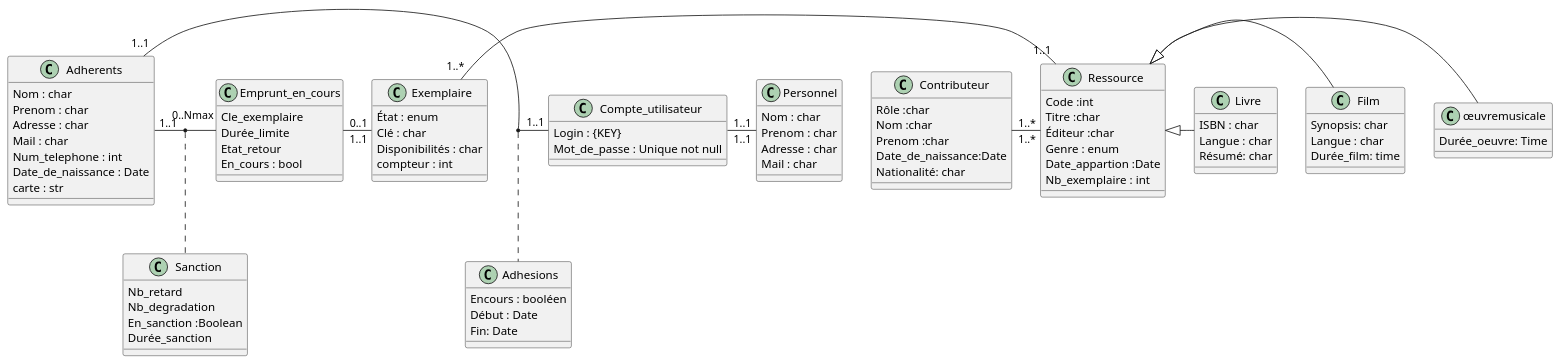
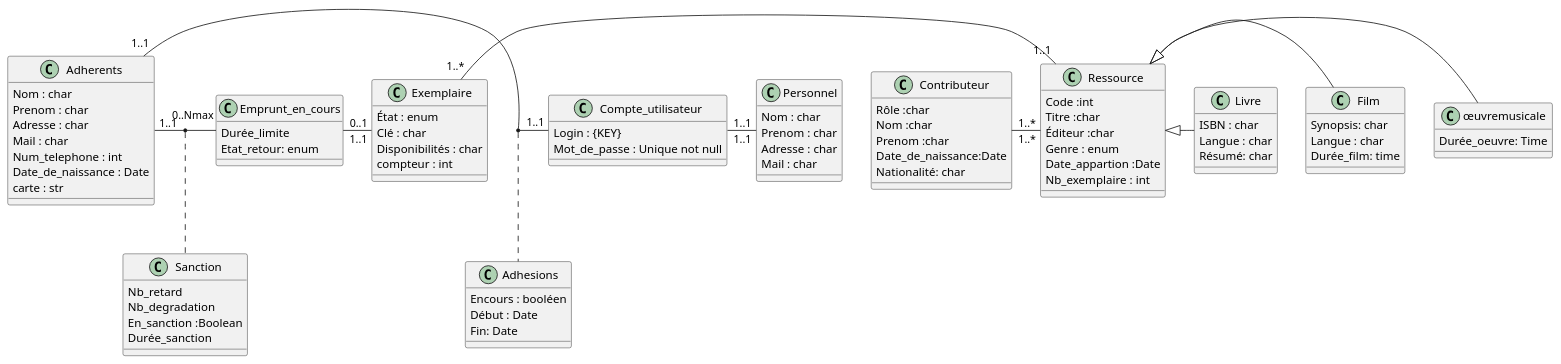
One commit to opoussin/ProjetBDD_Gestion_Bibliotheque changed the diagram in Rendu1/UML.plantuml. Above: the diagram before and after it, drawn with PlantUML.

```diff
--- a/Rendu1/UML.plantuml
+++ b/Rendu1/UML.plantuml
@@ -1,103 +1,101 @@
 @startuml
 class Adhesions {
 Encours : booléen 
 Début : Date
 Fin: Date
 }
 
 class Adherents{
 Nom : char
 Prenom : char 
 Adresse : char 
 Mail : char
 Num_telephone : int
 Date_de_naissance : Date
 carte : str 
 }
 
 class Personnel{
 Nom : char
 Prenom : char 
 Adresse : char 
 Mail : char
 }
 
 class Exemplaire {
 État : enum
 Clé : char 
 Disponibilités : char 
 compteur : int 
 }
 
 Class Ressource { 
 Code :int 
 Titre :char
 Éditeur :char
 Genre : enum
 Date_appartion :Date
 Nb_exemplaire : int
 }
 
 
 
 class Livre {
 ISBN : char
 Langue : char 
 Résumé: char 
 }
 
 class Film {
 Synopsis: char
 Langue : char 
 Durée_film: time  
 }
 
 
 
 class œuvremusicale { 
 Durée_oeuvre: Time
 }
 
 Class Compte_utilisateur{
 Login : {KEY}
 Mot_de_passe : Unique not null
 }
 
 
 
 Class Sanction{
 Nb_retard
 Nb_degradation 
 En_sanction :Boolean 
 Durée_sanction 
 }
 
 
 
 Class Emprunt_en_cours{
-Cle_exemplaire
 Durée_limite 
-Etat_retour
-En_cours : bool
+Etat_retour: enum
 }
 Class Contributeur{
 Rôle :char
 Nom :char
 Prenom :char
 Date_de_naissance:Date 
 Nationalité: char
 }
 Ressource <|- œuvremusicale
 Ressource <|- Film
 Ressource <|- Livre
 
 
 Adherents "1..1" - "1..1" Compte_utilisateur 
 (Adherents , Compte_utilisateur ) .. Adhesions
 Emprunt_en_cours "0..1" - "1..1" Exemplaire
 Contributeur "1..*" - "1..*" Ressource
 Adherents "1..1" - "0..Nmax" Emprunt_en_cours 
 (Adherents , Emprunt_en_cours ) .. Sanction
 Compte_utilisateur "1..1" - "1..1" Personnel
 Exemplaire "1..*" - "1..1" Ressource
 @enduml
```
